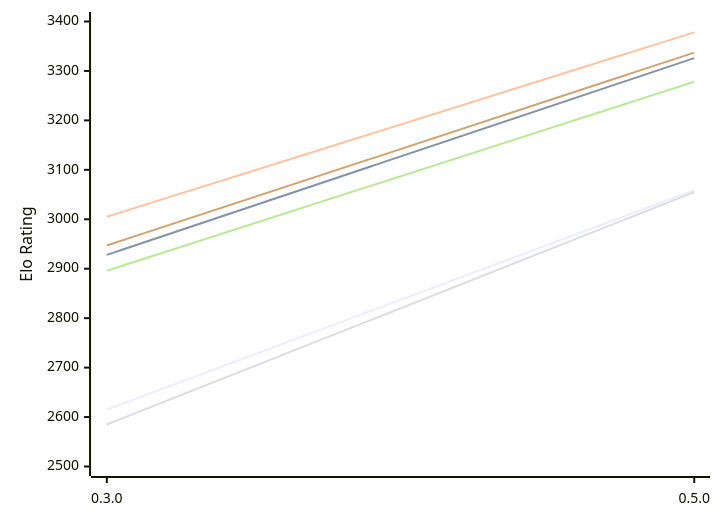
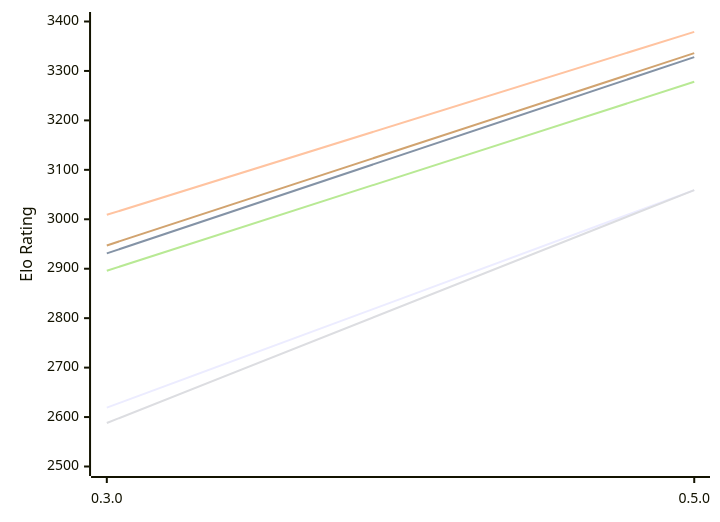
The diagram in engines/Crustik.md (computer-chess-index/cci), drawn with Mermaid before and after one commit. The commit also changed other lines of this file, not shown here.

Commit message:
Update CCI Ratings (ELO VLTC) - 2026-11-22

````diff
--- a/engines/Crustik.md
+++ b/engines/Crustik.md
@@ -49,12 +49,12 @@
 ```mermaid
 %%{init: {"theme":"base","themeVariables":{"seriesColors:['#a3a3a3','#222221','#faa371']}}}%%
 xychart-beta
   x-axis ["0.3.0", "0.5.0"]
   y-axis "Elo Rating" 2500 --> 3400
-  line "E1: STC (8.0+0.08s)" [2615, 3059]
-  line "E1: LTC (60.0+0.60s)" [2928, 3326]
-  line "E1: VLTC (2m24s+1.12s)" [3005, 3378]
-  line "P1: STC (8.0+0.08s)" [2585, 3055]
+  line "E1: STC (8.0+0.08s)" [2619, 3059]
+  line "E1: LTC (60.0+0.60s)" [2931, 3328]
+  line "E1: VLTC (2m24s+1.12s)" [3009, 3379]
+  line "P1: STC (8.0+0.08s)" [2588, 3059]
   line "P1: LTC (60.0+0.60s)" [2896, 3278]
-  line "P1: VLTC (2m24s+1.12s)" [2947, 3337]
+  line "P1: VLTC (2m24s+1.12s)" [2947, 3336]
 ```
````
